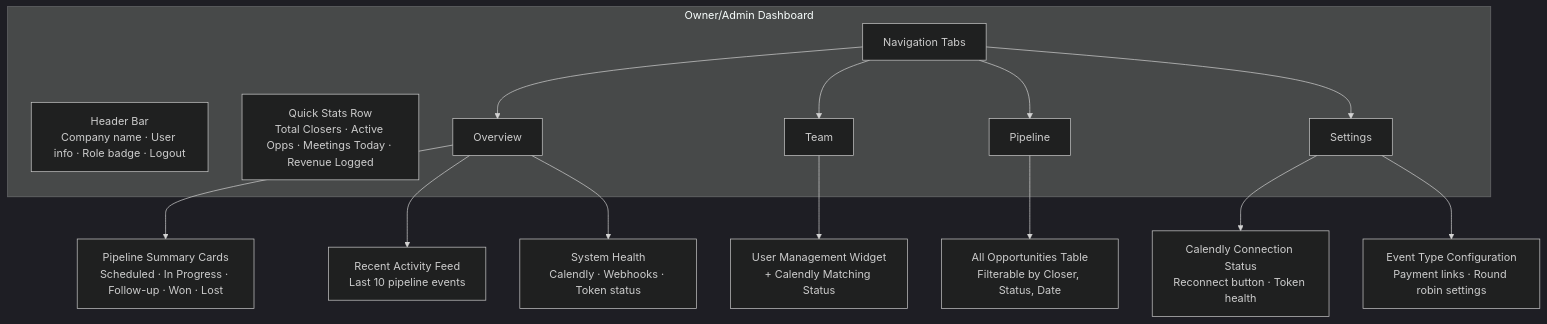
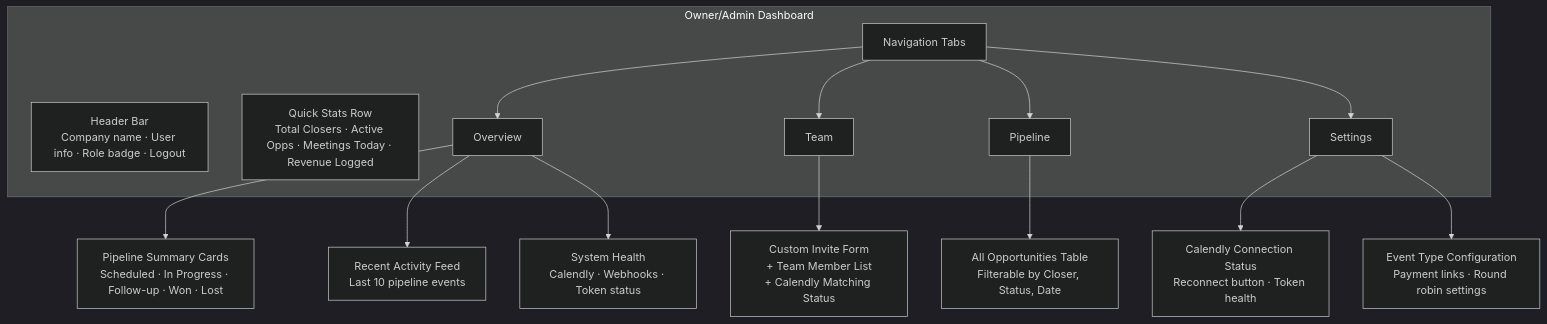
Before and after one commit to MagnusVA/magnus-crm: the fourth of 12 diagrams in plans/closer-tenant-admin/closer-tenant-admin-design.md, drawn with Mermaid (dark theme). The commit also changed other lines of this file and 149 other files, not shown here.

````diff
--- a/plans/closer-tenant-admin/closer-tenant-admin-design.md
+++ b/plans/closer-tenant-admin/closer-tenant-admin-design.md
@@ -600,19 +821,19 @@
 ```mermaid
 graph TD
     subgraph Owner/Admin Dashboard
         A[Header Bar<br/>Company name · User info · Role badge · Logout]
         B[Quick Stats Row<br/>Total Closers · Active Opps · Meetings Today · Revenue Logged]
         C[Navigation Tabs]
         C --> C1[Overview]
         C --> C2[Team]
         C --> C3[Pipeline]
         C --> C4[Settings]
     end
     C1 --> D[Pipeline Summary Cards<br/>Scheduled · In Progress · Follow-up · Won · Lost]
     C1 --> E[Recent Activity Feed<br/>Last 10 pipeline events]
     C1 --> F[System Health<br/>Calendly · Webhooks · Token status]
-    C2 --> G[User Management Widget<br/>+ Calendly Matching Status]
+    C2 --> G[Custom Invite Form<br/>+ Team Member List<br/>+ Calendly Matching Status]
     C3 --> H[All Opportunities Table<br/>Filterable by Closer, Status, Date]
     C4 --> I[Calendly Connection Status<br/>Reconnect button · Token health]
     C4 --> J[Event Type Configuration<br/>Payment links · Round robin settings]
 ```
````
